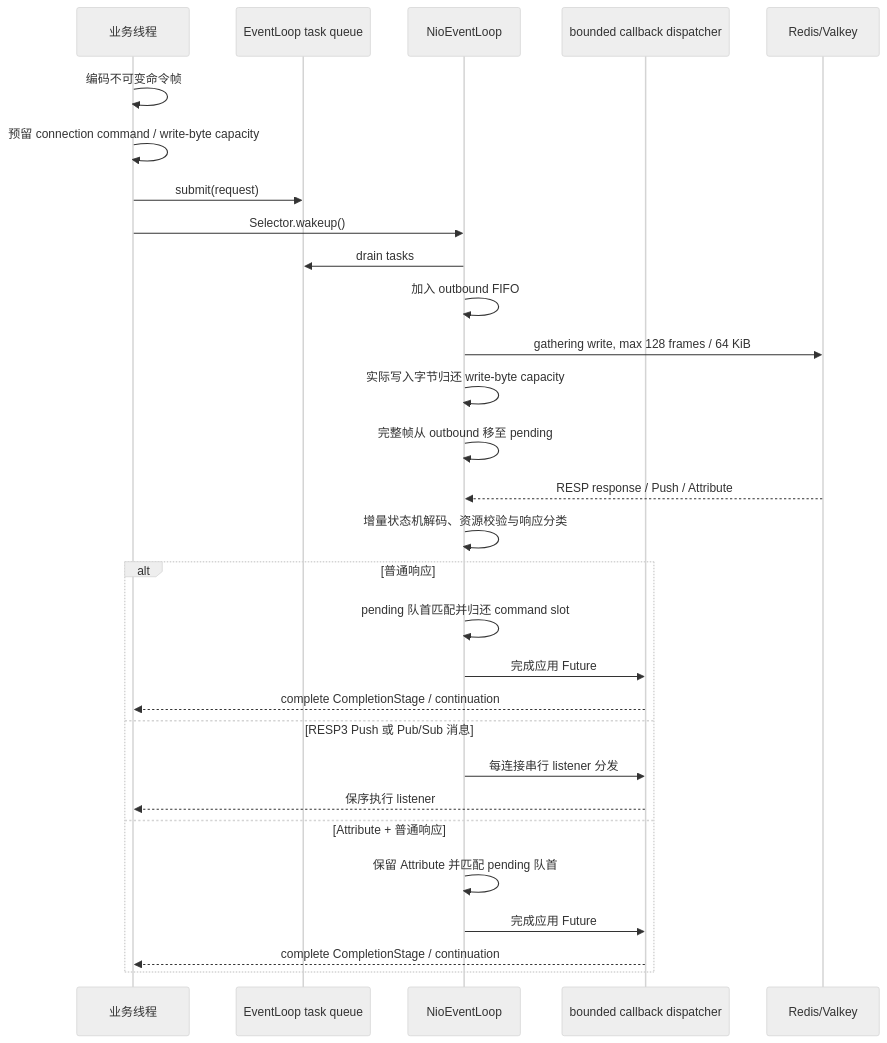
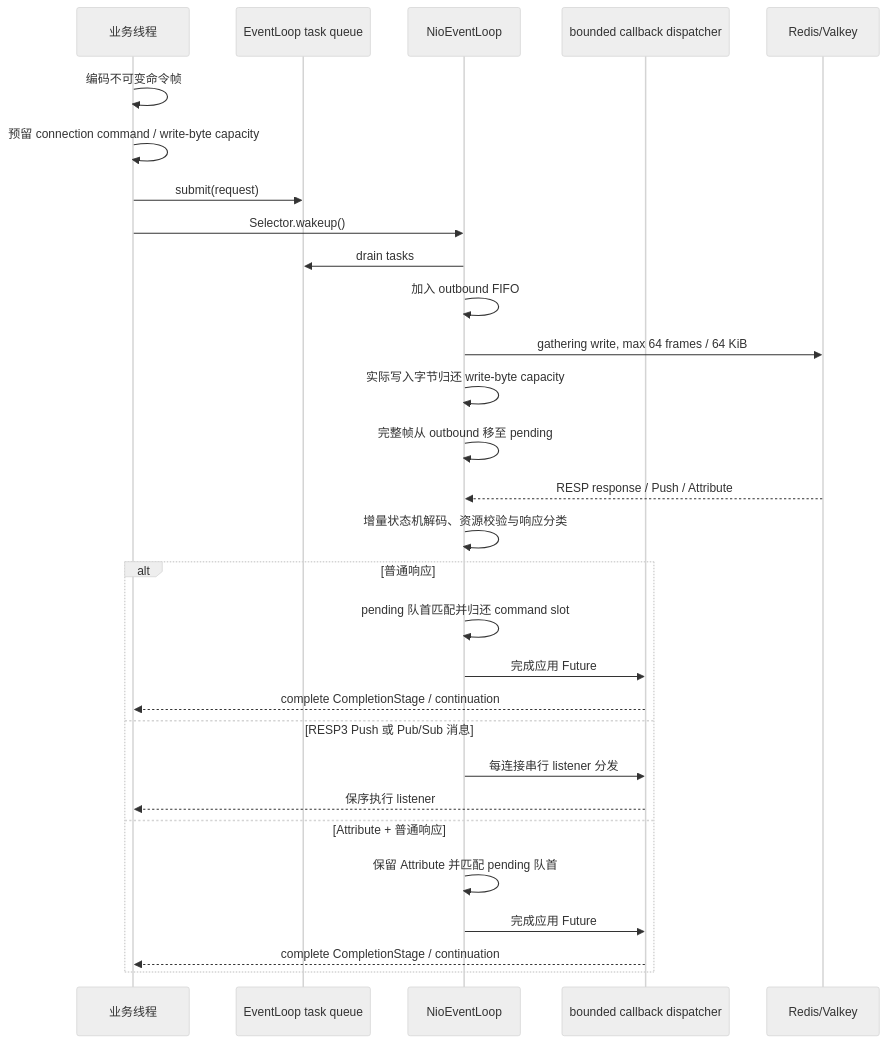
Before and after one commit to susongyan/boba-straw: the second of 5 diagrams in docs/architecture/network-model.md, drawn with Mermaid (neutral theme). The commit also changed other lines of this file and 3 other files, not shown here.

Commit message:
perf: evaluate 64-frame gathering write candidate

````diff
--- a/docs/architecture/network-model.md
+++ b/docs/architecture/network-model.md
@@ -111,32 +111,32 @@
 ```mermaid
 sequenceDiagram
     participant App as 业务线程
     participant Queue as EventLoop task queue
     participant Nio as NioEventLoop
     participant Callback as bounded callback dispatcher
     participant Redis as Redis/Valkey
 
     App->>App: 编码不可变命令帧
     App->>App: 预留 connection command / write-byte capacity
     App->>Queue: submit(request)
     App->>Nio: Selector.wakeup()
     Nio->>Queue: drain tasks
     Nio->>Nio: 加入 outbound FIFO
-    Nio->>Redis: gathering write, max 128 frames / 64 KiB
+    Nio->>Redis: gathering write, max 64 frames / 64 KiB
     Nio->>Nio: 实际写入字节归还 write-byte capacity
     Nio->>Nio: 完整帧从 outbound 移至 pending
     Redis-->>Nio: RESP response / Push / Attribute
     Nio->>Nio: 增量状态机解码、资源校验与响应分类
     alt 普通响应
         Nio->>Nio: pending 队首匹配并归还 command slot
         Nio->>Callback: 完成应用 Future
         Callback-->>App: complete CompletionStage / continuation
     else RESP3 Push 或 Pub/Sub 消息
         Nio->>Callback: 每连接串行 listener 分发
         Callback-->>App: 保序执行 listener
     else Attribute + 普通响应
         Nio->>Nio: 保留 Attribute 并匹配 pending 队首
         Nio->>Callback: 完成应用 Future
         Callback-->>App: complete CompletionStage / continuation
     end
 ```
````
